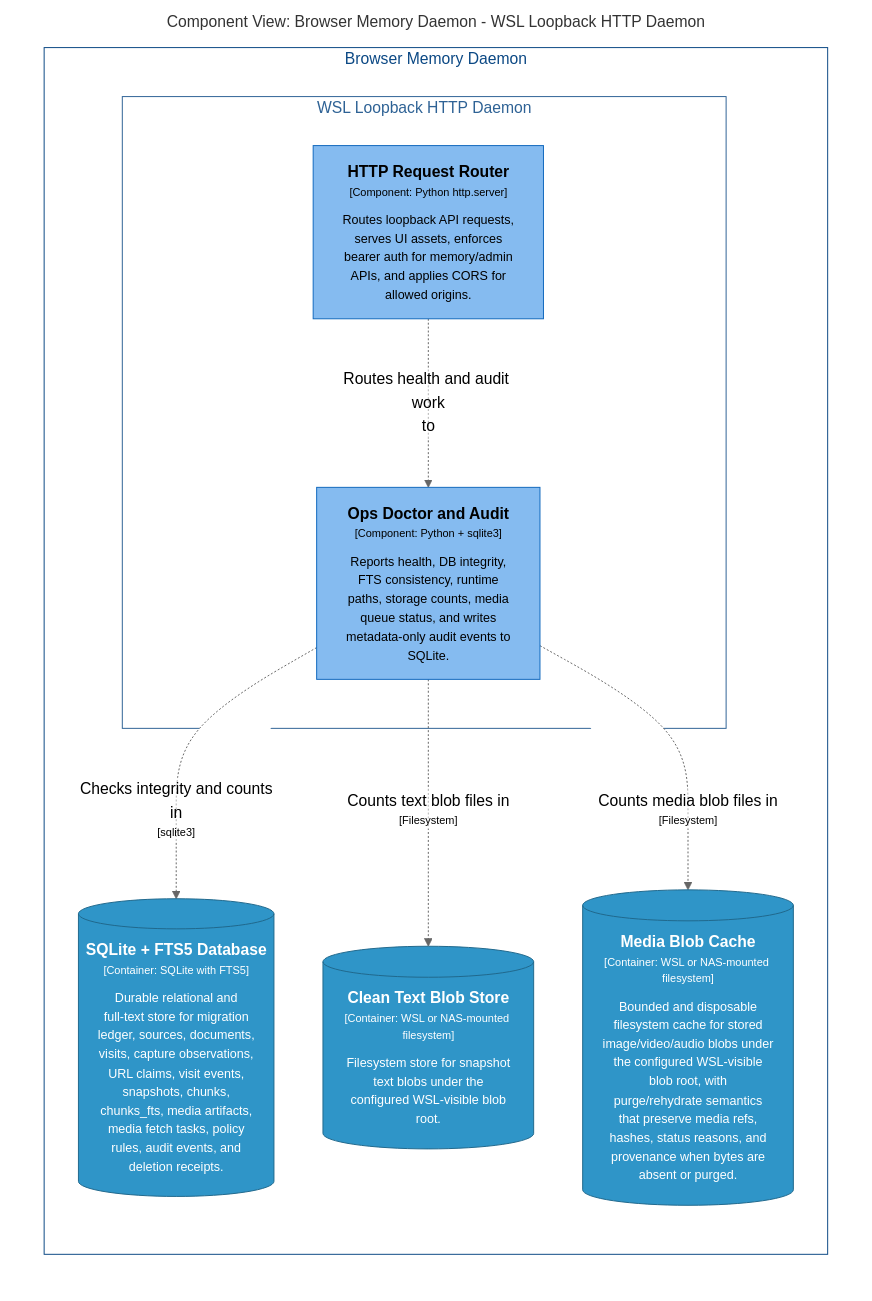
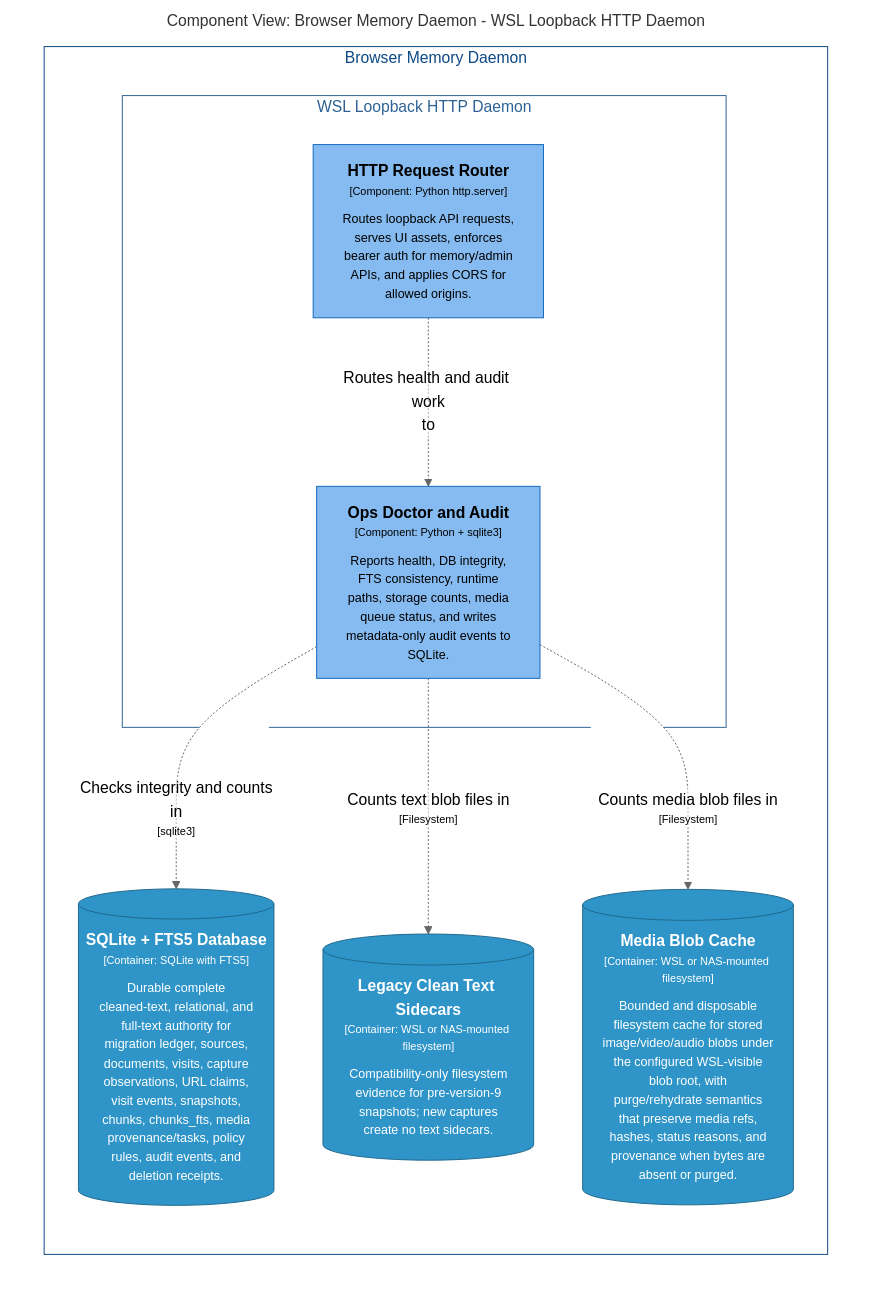
Before and after one commit to michaelnicks0/browser-memory-daemon: the diagram in docs/architecture/diagrams/markdown/DaemonDoctorComponents.md, drawn with Mermaid (neutral theme). The commit also changed 196 other files, not shown here.

Commit message:
feat(storage): make SQLite authoritative for snapshot text

````diff
--- a/docs/architecture/diagrams/markdown/DaemonDoctorComponents.md
+++ b/docs/architecture/diagrams/markdown/DaemonDoctorComponents.md
@@ -16,34 +16,34 @@
 ```mermaid
 graph LR
   linkStyle default fill:#ffffff
 
   subgraph diagram ["Component View: Browser Memory Daemon - WSL Loopback HTTP Daemon"]
     style diagram fill:#ffffff,stroke:#ffffff
 
     subgraph 4 ["Browser Memory Daemon"]
       style 4 fill:#ffffff,stroke:#0b4884,color:#0b4884
 
       subgraph 14 ["WSL Loopback HTTP Daemon"]
         style 14 fill:#ffffff,stroke:#2e6295,color:#2e6295
 
         15["<div style='font-weight: bold'>HTTP Request Router</div><div style='font-size: 70%; margin-top: 0px'>[Component: Python http.server]</div><div style='font-size: 80%; margin-top:10px'>Routes loopback API requests,<br />serves UI assets, enforces<br />bearer auth for memory/admin<br />APIs, and applies CORS for<br />allowed origins.</div>"]
         style 15 fill:#85bbf0,stroke:#1168bd,color:#000000
-        24["<div style='font-weight: bold'>Ops Doctor and Audit</div><div style='font-size: 70%; margin-top: 0px'>[Component: Python + sqlite3]</div><div style='font-size: 80%; margin-top:10px'>Reports health, DB integrity,<br />FTS consistency, runtime<br />paths, storage counts, media<br />queue status, and writes<br />metadata-only audit events to<br />SQLite.</div>"]
-        style 24 fill:#85bbf0,stroke:#1168bd,color:#000000
+        25["<div style='font-weight: bold'>Ops Doctor and Audit</div><div style='font-size: 70%; margin-top: 0px'>[Component: Python + sqlite3]</div><div style='font-size: 80%; margin-top:10px'>Reports health, DB integrity,<br />FTS consistency, runtime<br />paths, storage counts, media<br />queue status, and writes<br />metadata-only audit events to<br />SQLite.</div>"]
+        style 25 fill:#85bbf0,stroke:#1168bd,color:#000000
       end
 
-      28[("<div style='font-weight: bold'>SQLite + FTS5 Database</div><div style='font-size: 70%; margin-top: 0px'>[Container: SQLite with FTS5]</div><div style='font-size: 80%; margin-top:10px'>Durable relational and<br />full-text store for migration<br />ledger, sources, documents,<br />visits, capture observations,<br />URL claims, visit events,<br />snapshots, chunks,<br />chunks_fts, media artifacts,<br />media fetch tasks, policy<br />rules, audit events, and<br />deletion receipts.</div>")]
-      style 28 fill:#2f95c8,stroke:#20688c,color:#ffffff
-      29[("<div style='font-weight: bold'>Clean Text Blob Store</div><div style='font-size: 70%; margin-top: 0px'>[Container: WSL or NAS-mounted filesystem]</div><div style='font-size: 80%; margin-top:10px'>Filesystem store for snapshot<br />text blobs under the<br />configured WSL-visible blob<br />root.</div>")]
+      29[("<div style='font-weight: bold'>SQLite + FTS5 Database</div><div style='font-size: 70%; margin-top: 0px'>[Container: SQLite with FTS5]</div><div style='font-size: 80%; margin-top:10px'>Durable complete<br />cleaned-text, relational, and<br />full-text authority for<br />migration ledger, sources,<br />documents, visits, capture<br />observations, URL claims,<br />visit events, snapshots,<br />chunks, chunks_fts, media<br />provenance/tasks, policy<br />rules, audit events, and<br />deletion receipts.</div>")]
       style 29 fill:#2f95c8,stroke:#20688c,color:#ffffff
-      30[("<div style='font-weight: bold'>Media Blob Cache</div><div style='font-size: 70%; margin-top: 0px'>[Container: WSL or NAS-mounted filesystem]</div><div style='font-size: 80%; margin-top:10px'>Bounded and disposable<br />filesystem cache for stored<br />image/video/audio blobs under<br />the configured WSL-visible<br />blob root, with<br />purge/rehydrate semantics<br />that preserve media refs,<br />hashes, status reasons, and<br />provenance when bytes are<br />absent or purged.</div>")]
+      30[("<div style='font-weight: bold'>Legacy Clean Text Sidecars</div><div style='font-size: 70%; margin-top: 0px'>[Container: WSL or NAS-mounted filesystem]</div><div style='font-size: 80%; margin-top:10px'>Compatibility-only filesystem<br />evidence for pre-version-9<br />snapshots; new captures<br />create no text sidecars.</div>")]
       style 30 fill:#2f95c8,stroke:#20688c,color:#ffffff
+      31[("<div style='font-weight: bold'>Media Blob Cache</div><div style='font-size: 70%; margin-top: 0px'>[Container: WSL or NAS-mounted filesystem]</div><div style='font-size: 80%; margin-top:10px'>Bounded and disposable<br />filesystem cache for stored<br />image/video/audio blobs under<br />the configured WSL-visible<br />blob root, with<br />purge/rehydrate semantics<br />that preserve media refs,<br />hashes, status reasons, and<br />provenance when bytes are<br />absent or purged.</div>")]
+      style 31 fill:#2f95c8,stroke:#20688c,color:#ffffff
     end
 
-    15-. "<div>Routes health and audit work<br />to</div><div style='font-size: 70%'></div>" .->24
-    24-. "<div>Checks integrity and counts<br />in</div><div style='font-size: 70%'>[sqlite3]</div>" .->28
-    24-. "<div>Counts text blob files in</div><div style='font-size: 70%'>[Filesystem]</div>" .->29
-    24-. "<div>Counts media blob files in</div><div style='font-size: 70%'>[Filesystem]</div>" .->30
+    15-. "<div>Routes health and audit work<br />to</div><div style='font-size: 70%'></div>" .->25
+    25-. "<div>Checks integrity and counts<br />in</div><div style='font-size: 70%'>[sqlite3]</div>" .->29
+    25-. "<div>Counts text blob files in</div><div style='font-size: 70%'>[Filesystem]</div>" .->30
+    25-. "<div>Counts media blob files in</div><div style='font-size: 70%'>[Filesystem]</div>" .->31
 
   end
 ```
````
